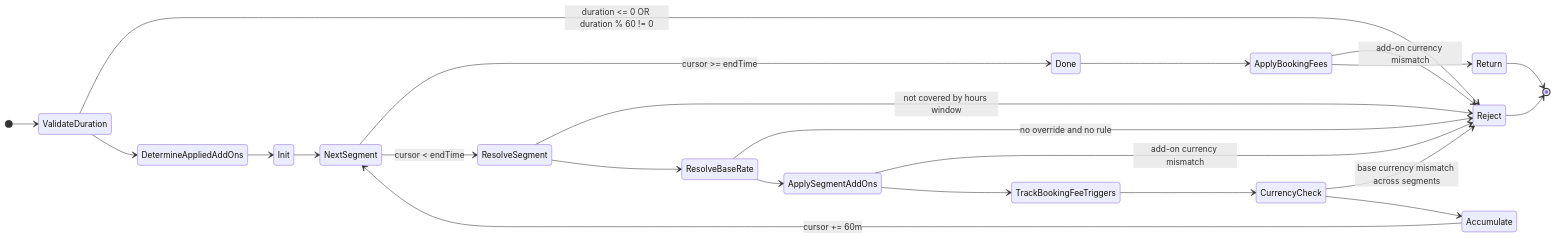
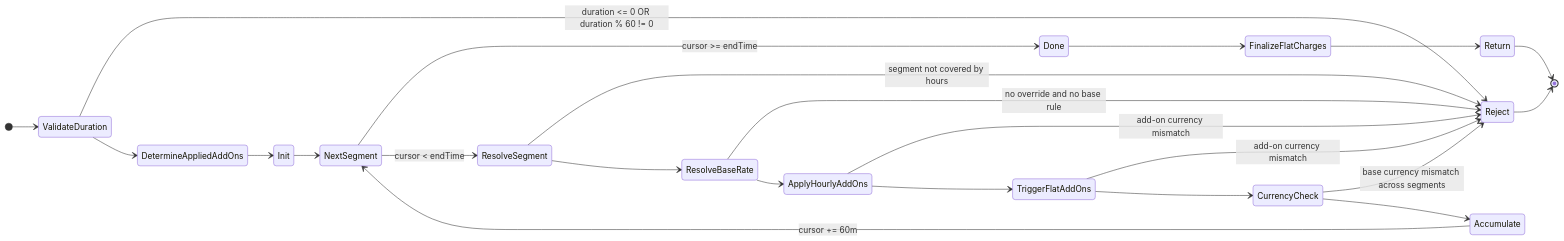
Before and after one commit to raphaelmans/next16bp: the second of 2 diagrams in docs/schedule-pricing-addons-state-machine.md, drawn with Mermaid. The commit also changed other lines of this file and 121 other files, not shown here.

````diff
--- a/docs/schedule-pricing-addons-state-machine.md
+++ b/docs/schedule-pricing-addons-state-machine.md
@@ -64,37 +53,36 @@
 ```mermaid
 stateDiagram-v2
   direction LR
 
   [*] --> ValidateDuration
   ValidateDuration --> Reject: duration <= 0 OR duration % 60 != 0
   ValidateDuration --> DetermineAppliedAddOns
 
   DetermineAppliedAddOns --> Init
-
   Init --> NextSegment
 
   NextSegment --> Done: cursor >= endTime
   NextSegment --> ResolveSegment: cursor < endTime
 
-  ResolveSegment --> Reject: not covered by hours window
+  ResolveSegment --> Reject: segment not covered by hours
   ResolveSegment --> ResolveBaseRate
 
-  ResolveBaseRate --> Reject: no override and no rule
-  ResolveBaseRate --> ApplySegmentAddOns
+  ResolveBaseRate --> Reject: no override and no base rule
+  ResolveBaseRate --> ApplyHourlyAddOns
 
-  ApplySegmentAddOns --> Reject: add-on currency mismatch
-  ApplySegmentAddOns --> TrackBookingFeeTriggers
+  ApplyHourlyAddOns --> Reject: add-on currency mismatch
+  ApplyHourlyAddOns --> TriggerFlatAddOns
 
-  TrackBookingFeeTriggers --> CurrencyCheck
+  TriggerFlatAddOns --> Reject: add-on currency mismatch
+  TriggerFlatAddOns --> CurrencyCheck
 
   CurrencyCheck --> Reject: base currency mismatch across segments
   CurrencyCheck --> Accumulate
 
   Accumulate --> NextSegment: cursor += 60m
 
-  Done --> ApplyBookingFees
-  ApplyBookingFees --> Reject: add-on currency mismatch
-  ApplyBookingFees --> Return
+  Done --> FinalizeFlatCharges
+  FinalizeFlatCharges --> Return
   Return --> [*]
   Reject --> [*]
 ```
````
